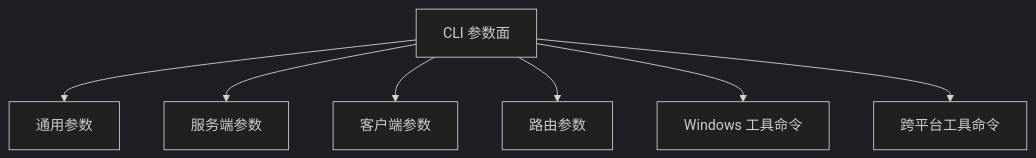
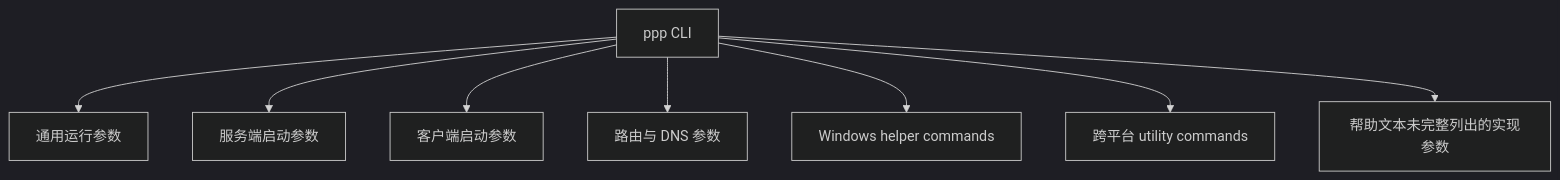
Before and after one commit to HyacinthHaru/openppp2: the diagram in docs/CLI_REFERENCE_CN.md, drawn with Mermaid (dark theme). The commit also changed other lines of this file and 4 other files, not shown here.

````diff
--- a/docs/CLI_REFERENCE_CN.md
+++ b/docs/CLI_REFERENCE_CN.md
@@ -32,9 +91,10 @@
 ```mermaid
 flowchart TD
-    A[CLI 参数面] --> B[通用参数]
-    A --> C[服务端参数]
-    A --> D[客户端参数]
-    A --> E[路由参数]
-    A --> F[Windows 工具命令]
-    A --> G[跨平台工具命令]
+    A[ppp CLI] --> B[通用运行参数]
+    A --> C[服务端启动参数]
+    A --> D[客户端启动参数]
+    A --> E[路由与 DNS 参数]
+    A --> F[Windows helper commands]
+    A --> G[跨平台 utility commands]
+    A --> H[帮助文本未完整列出的实现参数]
 ```
````
